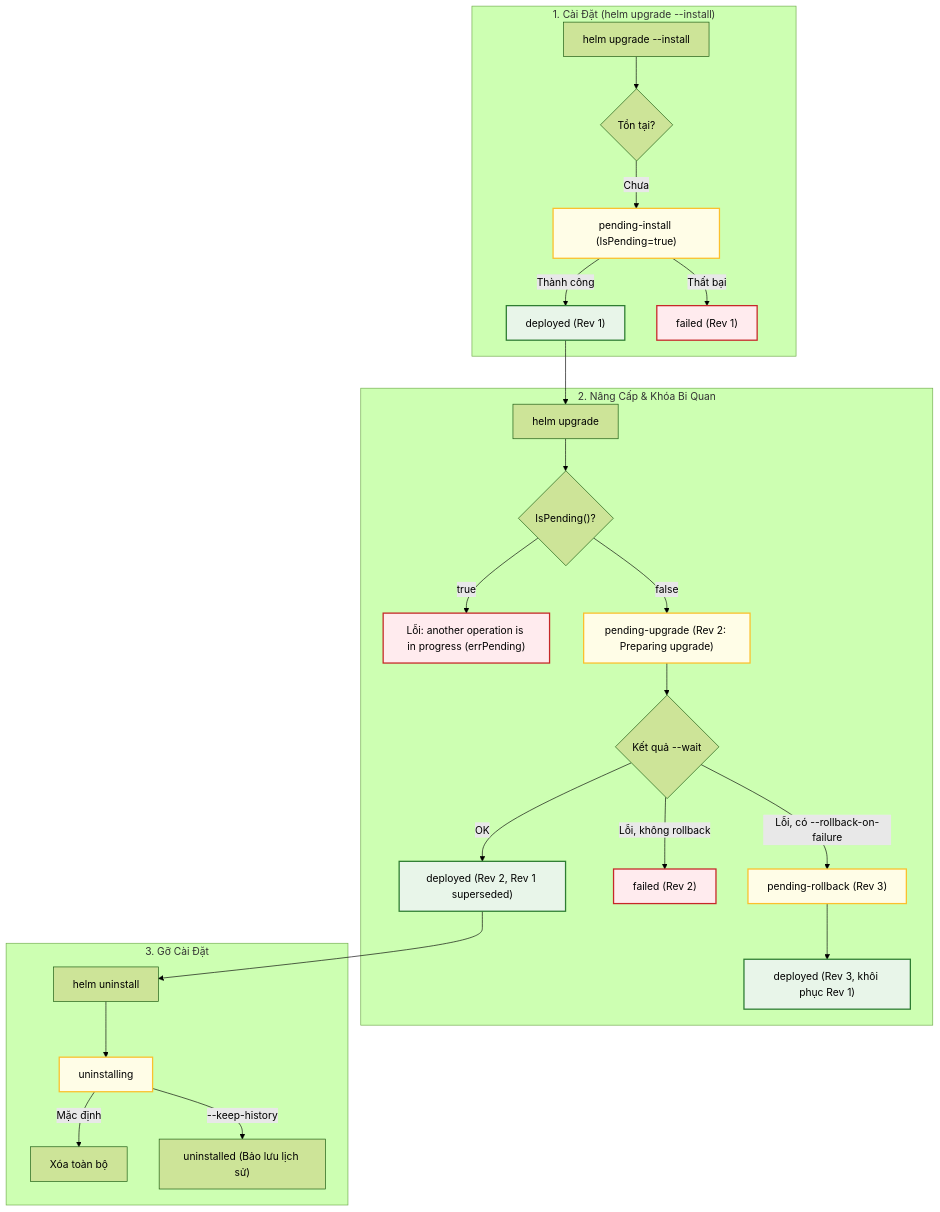
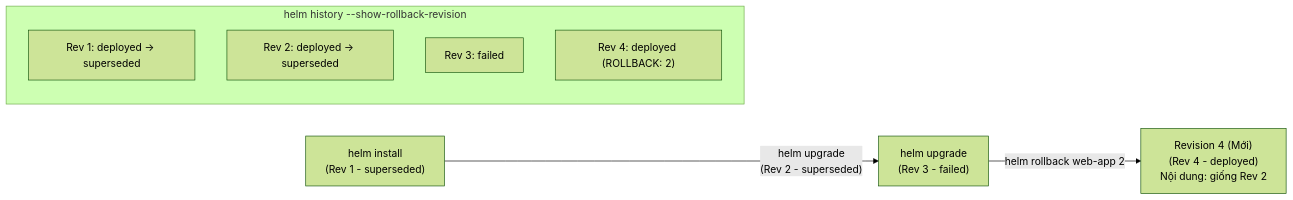
One commit to HelloMinh2122005/SelfLearn changed the first of 2 diagrams in cloud_devops_basic/container/6 Domain 6 - Containers and Kubernetes/6_5 Helm Package Management/6_5_5 Release Lifecycle.md. Above: the diagram before and after it, drawn with Mermaid (forest theme). The commit also changed other lines of this file and 42 other files, not shown here.

````diff
--- a/cloud_devops_basic/container/6 Domain 6 - Containers and Kubernetes/6_5 Helm Package Management/6_5_5 Release Lifecycle.md
+++ b/cloud_devops_basic/container/6 Domain 6 - Containers and Kubernetes/6_5 Helm Package Management/6_5_5 Release Lifecycle.md
@@ -91,32 +112,13 @@
 ```mermaid
-flowchart TD
-    subgraph S1["1. Cài Đặt (helm upgrade --install)"]
-        A["helm upgrade --install"] --> B{"Tồn tại?"}
-        B -- "Chưa" --> C["pending-install (IsPending=true)"]
-        C -- "Thành công" --> D["deployed (Rev 1)"]
-        C -- "Thất bại" --> E["failed (Rev 1)"]
+flowchart LR
+    A["helm install\n(Rev 1 - superseded)"] -->|"helm upgrade\n(Rev 2 - superseded)"| B["helm upgrade\n(Rev 3 - failed)"]
+    B -->|"helm rollback web-app 2"| C["Revision 4 (Mới)\n(Rev 4 - deployed)\nNội dung: giống Rev 2"]
+    
+    subgraph History ["helm history --show-rollback-revision"]
+        direction TB
+        H1["Rev 1: deployed -> superseded"]
+        H2["Rev 2: deployed -> superseded"]
+        H3["Rev 3: failed"]
+        H4["Rev 4: deployed (ROLLBACK: 2)"]
     end
-    subgraph S2["2. Nâng Cấp & Khóa Bi Quan"]
-        D --> F["helm upgrade"]
-        F --> G{"IsPending()?"}
-        G -- "true" --> H["Lỗi: another operation is in progress (errPending)"]
-        G -- "false" --> I["pending-upgrade (Rev 2: Preparing upgrade)"]
-        I --> J{"Kết quả --wait"}
-        J -- "OK" --> K["deployed (Rev 2, Rev 1 superseded)"]
-        J -- "Lỗi, không rollback" --> L["failed (Rev 2)"]
-        J -- "Lỗi, có --rollback-on-failure" --> M["pending-rollback (Rev 3)"]
-        M --> N["deployed (Rev 3, khôi phục Rev 1)"]
-    end
-    subgraph S3["3. Gỡ Cài Đặt"]
-        K --> O["helm uninstall"]
-        O --> P["uninstalling"]
-        P -- "Mặc định" --> Q["Xóa toàn bộ"]
-        P -- "--keep-history" --> R["uninstalled (Bảo lưu lịch sử)"]
-    end
-    classDef ok fill:#e8f5e9,stroke:#2e7d32,stroke-width:2px;
-    classDef pend fill:#fffde7,stroke:#fbc02d,stroke-width:2px;
-    classDef err fill:#ffebee,stroke:#c62828,stroke-width:2px;
-    class D,K,N ok;
-    class C,I,M,P pend;
-    class E,H,L err;
 ```
````
